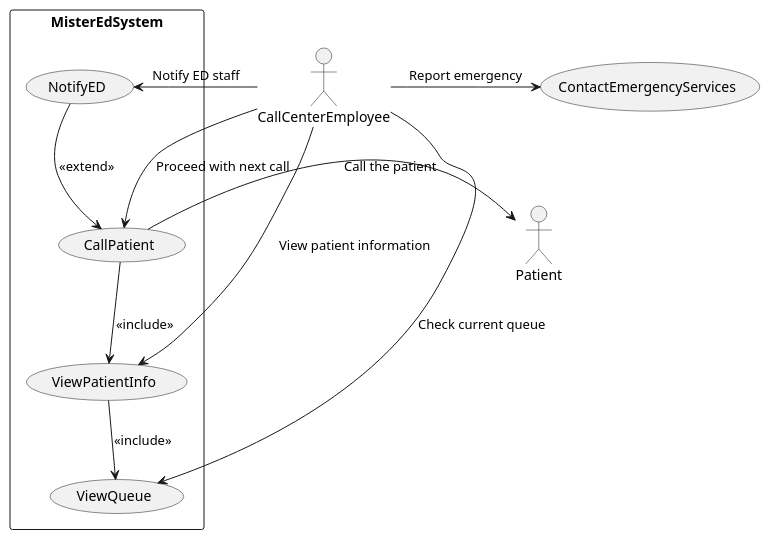
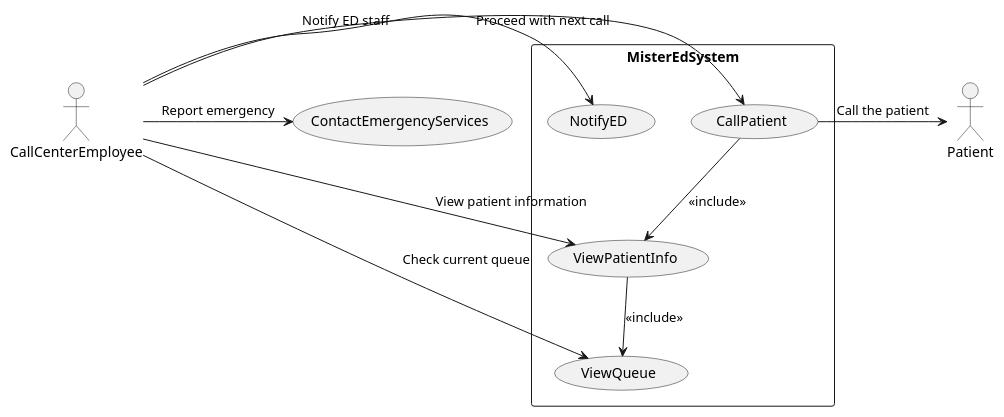
Before and after one commit to SENG-350-2024-fall/Team7: the diagram in CallCenter_UCD_CODE.puml, drawn with PlantUML. The commit also changed 1 other file, not shown here.

```diff
--- a/CallCenter_UCD_CODE.puml
+++ b/CallCenter_UCD_CODE.puml
@@ -1,31 +1,30 @@
 @startuml
 actor CallCenterEmployee
 actor Patient
 
 rectangle MisterEdSystem {
 
     usecase ViewQueue
     usecase CallPatient
     usecase ViewPatientInfo
     usecase NotifyED
 
 }
 
 usecase ContactEmergencyServices
 
 
 CallCenterEmployee -> ViewQueue : "Check current queue"
 CallCenterEmployee -> ViewPatientInfo: "View patient information"
 CallCenterEmployee -> CallPatient : "Proceed with next call"
 CallCenterEmployee -> NotifyED : "Notify ED staff"
 
 CallCenterEmployee -> ContactEmergencyServices : "Report emergency"
 
 
 ViewPatientInfo --> ViewQueue : <<include>>
 CallPatient --> ViewPatientInfo: <<include>>
-NotifyED --> CallPatient : <<extend>>
 
 CallPatient -> Patient: Call the patient
 
 @enduml
```
